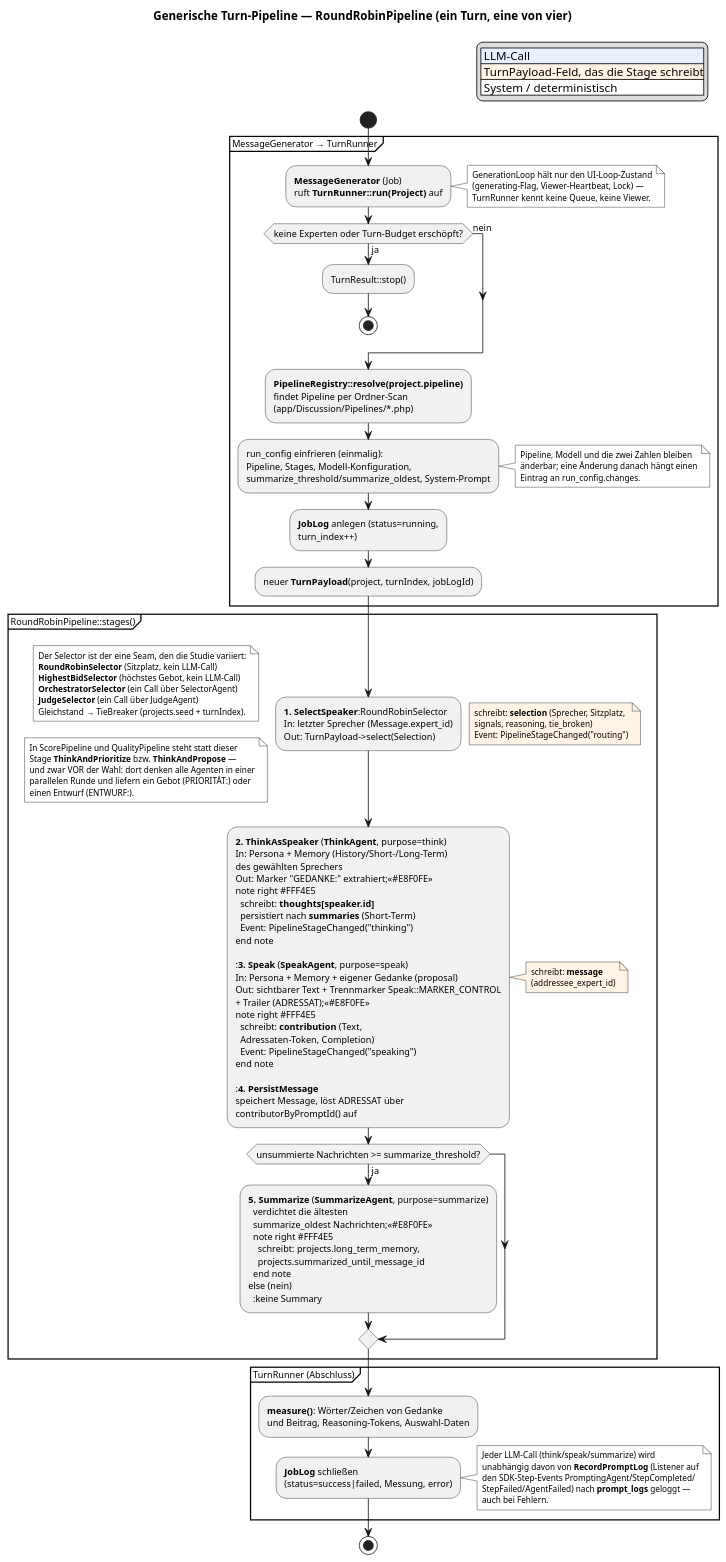
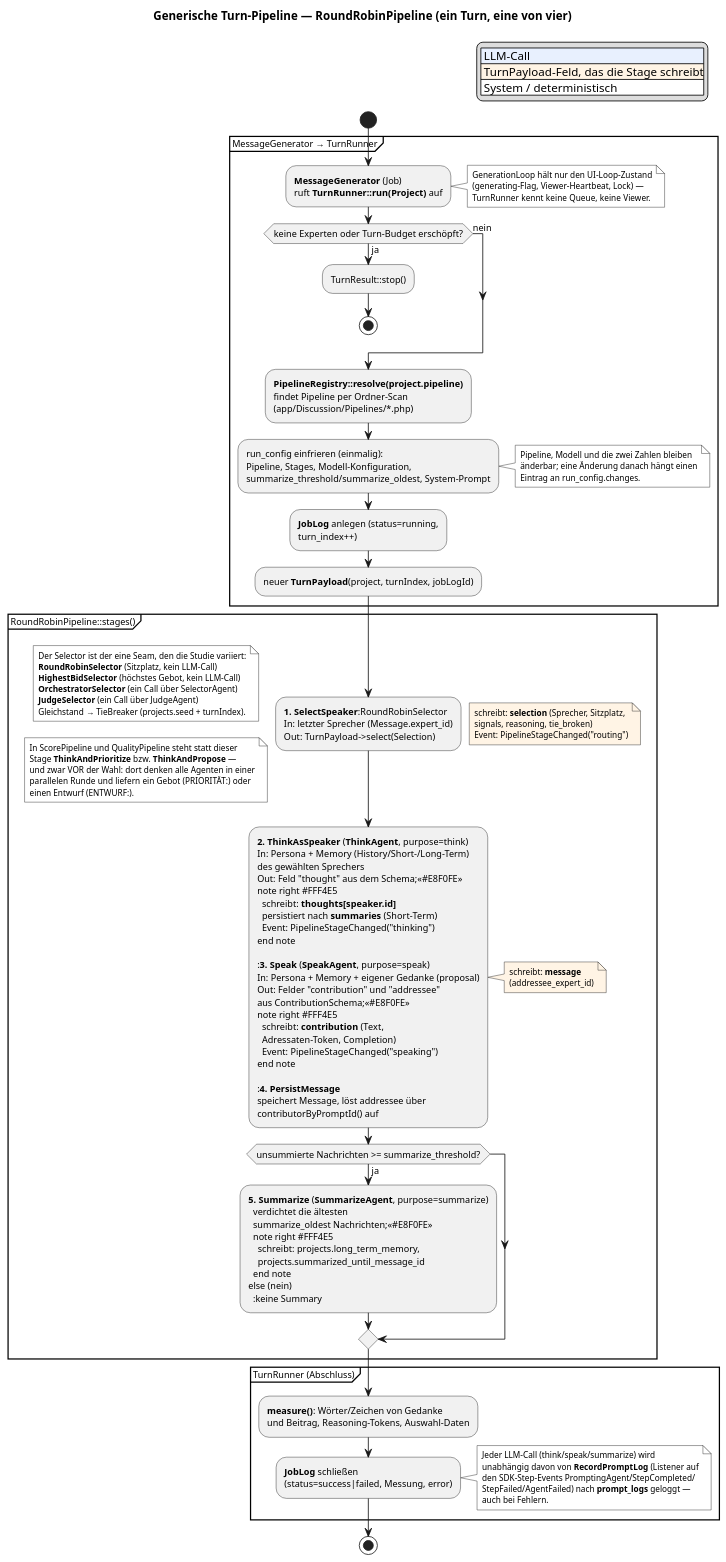
Before and after one commit to jnloos/Communicat: the diagram in docs/pipeline.puml, drawn with PlantUML. The commit also changed 38 other files, not shown here.

```diff
--- a/docs/pipeline.puml
+++ b/docs/pipeline.puml
@@ -1,129 +1,129 @@
 @startuml
 title Generische Turn-Pipeline — RoundRobinPipeline (ein Turn, eine von vier)
 
 skinparam dpi 110
 skinparam defaultFontSize 11
 skinparam noteFontSize 10
 
 legend top right
   |<#E8F0FE> LLM-Call|
   |<#FFF4E5> TurnPayload-Feld, das die Stage schreibt|
   |<#FFFFFF> System / deterministisch|
 endlegend
 
 start
 
 partition "MessageGenerator → TurnRunner" {
   :**MessageGenerator** (Job)
   ruft **TurnRunner::run(Project)** auf;
   note right #FFFFFF
     GenerationLoop hält nur den UI-Loop-Zustand
     (generating-Flag, Viewer-Heartbeat, Lock) —
     TurnRunner kennt keine Queue, keine Viewer.
   end note
 
   if (keine Experten oder Turn-Budget erschöpft?) then (ja)
     :TurnResult::stop();
     stop
   else (nein)
   endif
 
   :**PipelineRegistry::resolve(project.pipeline)**
   findet Pipeline per Ordner-Scan
   (app/Discussion/Pipelines/*.php);
   :run_config einfrieren (einmalig):
   Pipeline, Stages, Modell-Konfiguration,
   summarize_threshold/summarize_oldest, System-Prompt;
   note right #FFFFFF
     Pipeline, Modell und die zwei Zahlen bleiben
     änderbar; eine Änderung danach hängt einen
     Eintrag an run_config.changes.
   end note
   :**JobLog** anlegen (status=running,
   turn_index++);
   :neuer **TurnPayload**(project, turnIndex, jobLogId);
 }
 
 partition "RoundRobinPipeline::stages()" {
   :**1. SelectSpeaker**:RoundRobinSelector
   In: letzter Sprecher (Message.expert_id)
   Out: TurnPayload->select(Selection);
   note right #FFF4E5
     schreibt: **selection** (Sprecher, Sitzplatz,
     signals, reasoning, tie_broken)
     Event: PipelineStageChanged("routing")
   end note
   note left #FFFFFF
     Der Selector ist der eine Seam, den die Studie variiert:
     **RoundRobinSelector** (Sitzplatz, kein LLM-Call)
     **HighestBidSelector** (höchstes Gebot, kein LLM-Call)
     **OrchestratorSelector** (ein Call über SelectorAgent)
     **JudgeSelector** (ein Call über JudgeAgent)
     Gleichstand → TieBreaker (projects.seed + turnIndex).
   end note
 
   note left #FFFFFF
     In ScorePipeline und QualityPipeline steht statt dieser
     Stage **ThinkAndPrioritize** bzw. **ThinkAndPropose** —
     und zwar VOR der Wahl: dort denken alle Agenten in einer
     parallelen Runde und liefern ein Gebot (PRIORITÄT:) oder
     einen Entwurf (ENTWURF:).
   end note
 
   :**2. ThinkAsSpeaker** (**ThinkAgent**, purpose=think)
   In: Persona + Memory (History/Short-/Long-Term)
   des gewählten Sprechers
-  Out: Marker "GEDANKE:" extrahiert;<<#E8F0FE>>
+  Out: Feld "thought" aus dem Schema;<<#E8F0FE>>
   note right #FFF4E5
     schreibt: **thoughts[speaker.id]**
     persistiert nach **summaries** (Short-Term)
     Event: PipelineStageChanged("thinking")
   end note
 
   :**3. Speak** (**SpeakAgent**, purpose=speak)
   In: Persona + Memory + eigener Gedanke (proposal)
-  Out: sichtbarer Text + Trennmarker Speak::MARKER_CONTROL
-  + Trailer (ADRESSAT);<<#E8F0FE>>
+  Out: Felder "contribution" und "addressee"
+  aus ContributionSchema;<<#E8F0FE>>
   note right #FFF4E5
     schreibt: **contribution** (Text,
     Adressaten-Token, Completion)
     Event: PipelineStageChanged("speaking")
   end note
 
   :**4. PersistMessage**
-  speichert Message, löst ADRESSAT über
+  speichert Message, löst addressee über
   contributorByPromptId() auf;
   note right #FFF4E5
     schreibt: **message**
     (addressee_expert_id)
   end note
 
   if (unsummierte Nachrichten >= summarize_threshold?) then (ja)
     :**5. Summarize** (**SummarizeAgent**, purpose=summarize)
     verdichtet die ältesten
     summarize_oldest Nachrichten;<<#E8F0FE>>
     note right #FFF4E5
       schreibt: projects.long_term_memory,
       projects.summarized_until_message_id
     end note
   else (nein)
     :keine Summary;
   endif
 }
 
 partition "TurnRunner (Abschluss)" {
   :**measure()**: Wörter/Zeichen von Gedanke
   und Beitrag, Reasoning-Tokens, Auswahl-Daten;
   :**JobLog** schließen
   (status=success|failed, Messung, error);
   note right #FFFFFF
     Jeder LLM-Call (think/speak/summarize) wird
     unabhängig davon von **RecordPromptLog** (Listener auf
     den SDK-Step-Events PromptingAgent/StepCompleted/
     StepFailed/AgentFailed) nach **prompt_logs** geloggt —
     auch bei Fehlern.
   end note
 }
 
 stop
 @enduml
```
